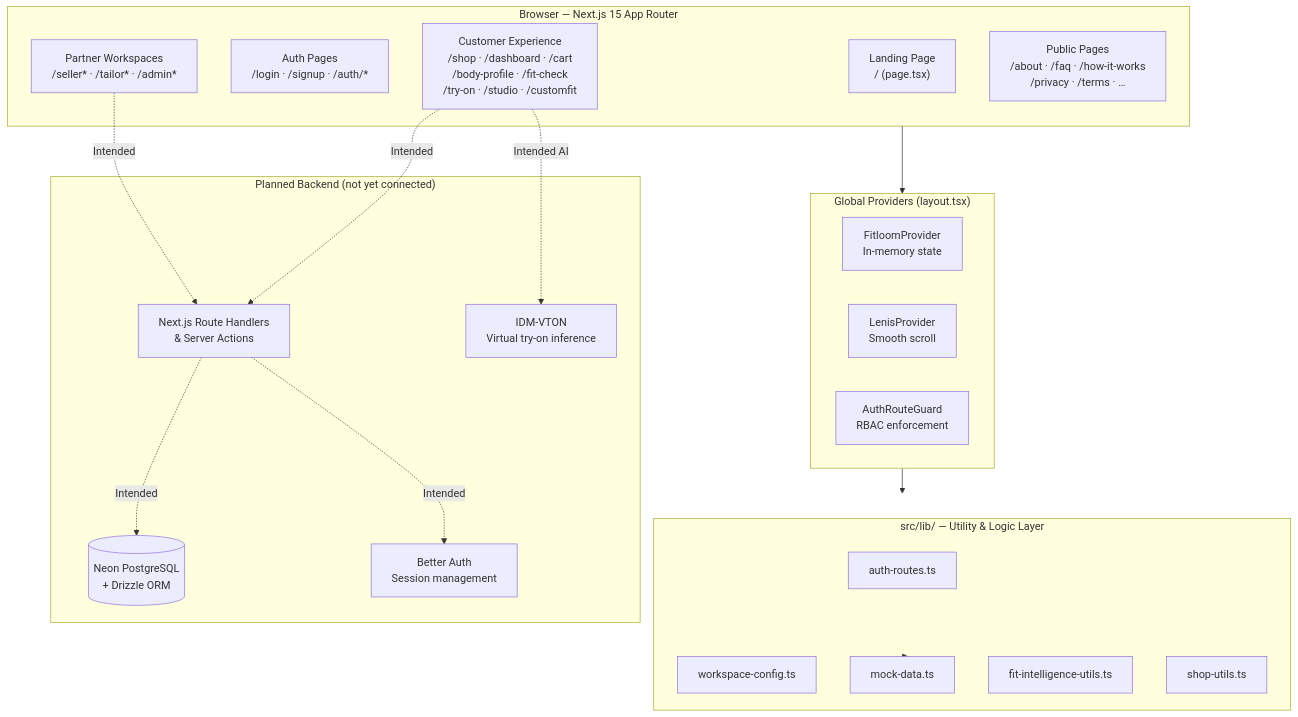
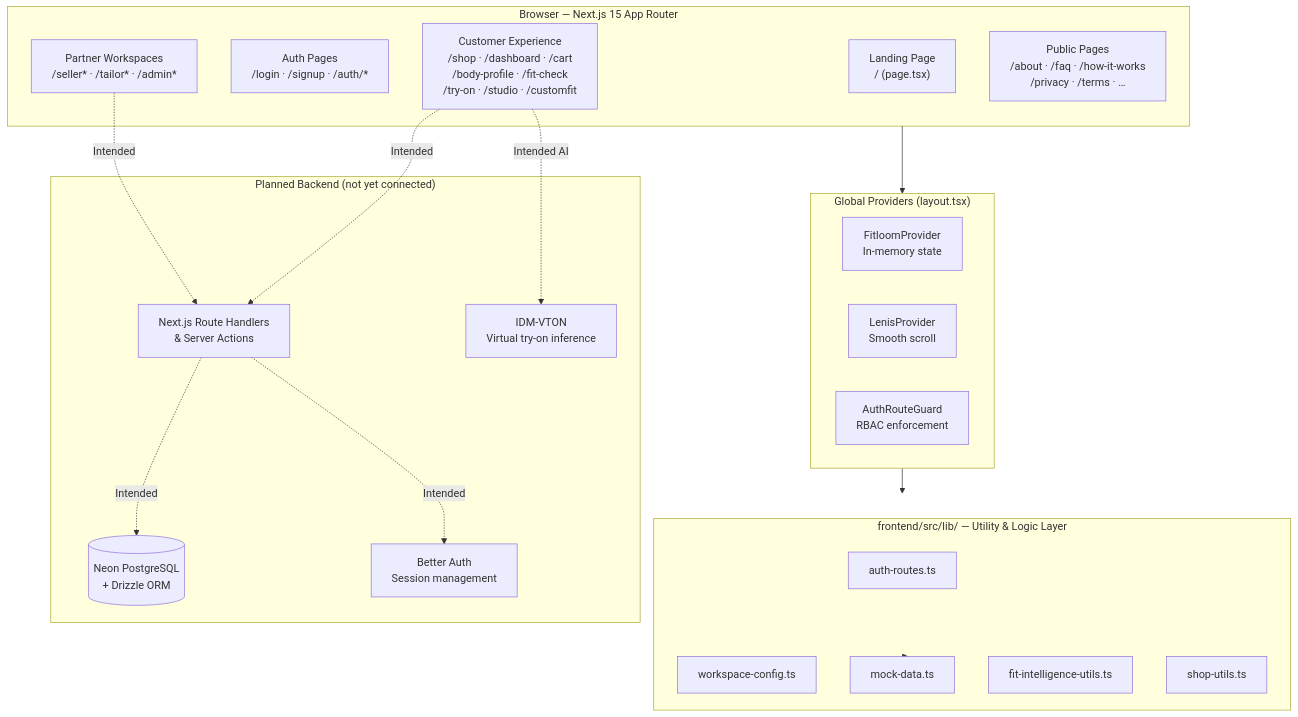
One commit to SOUMYADEEPDEY1217/FITLOOM changed the first of 3 diagrams in README.md. Above: the diagram before and after it, drawn with Mermaid. The commit also changed other lines of this file and 198 other files, not shown here.

````diff
--- a/README.md
+++ b/README.md
@@ -410,41 +410,41 @@
 ```mermaid
 flowchart TD
     subgraph Client["Browser — Next.js 15 App Router"]
         LP["Landing Page\n/ (page.tsx)"]
         AUTH["Auth Pages\n/login · /signup · /auth/*"]
         CUST["Customer Experience\n/shop · /dashboard · /cart\n/body-profile · /fit-check\n/try-on · /studio · /customfit"]
         WS["Partner Workspaces\n/seller* · /tailor* · /admin*"]
         PUB["Public Pages\n/about · /faq · /how-it-works\n/privacy · /terms · …"]
     end
 
     subgraph Providers["Global Providers (layout.tsx)"]
         FP["FitloomProvider\nIn-memory state"]
         LP2["LenisProvider\nSmooth scroll"]
         ARG["AuthRouteGuard\nRBAC enforcement"]
     end
 
-    subgraph LibLayer["src/lib/ — Utility & Logic Layer"]
+    subgraph LibLayer["frontend/src/lib/ — Utility & Logic Layer"]
         AR["auth-routes.ts"]
         WC["workspace-config.ts"]
         MD["mock-data.ts"]
         FI["fit-intelligence-utils.ts"]
         SH["shop-utils.ts"]
     end
 
     subgraph PlannedBackend["Planned Backend (not yet connected)"]
         RH["Next.js Route Handlers\n& Server Actions"]
         DB[("Neon PostgreSQL\n+ Drizzle ORM")]
         BA["Better Auth\nSession management"]
         AI["IDM-VTON\nVirtual try-on inference"]
     end
 
     Client --> Providers
     Providers --> LibLayer
     LibLayer --> MD
 
     CUST -. "Intended" .-> RH
     WS -. "Intended" .-> RH
     RH -. "Intended" .-> DB
     RH -. "Intended" .-> BA
     CUST -. "Intended AI" .-> AI
 ```
````
